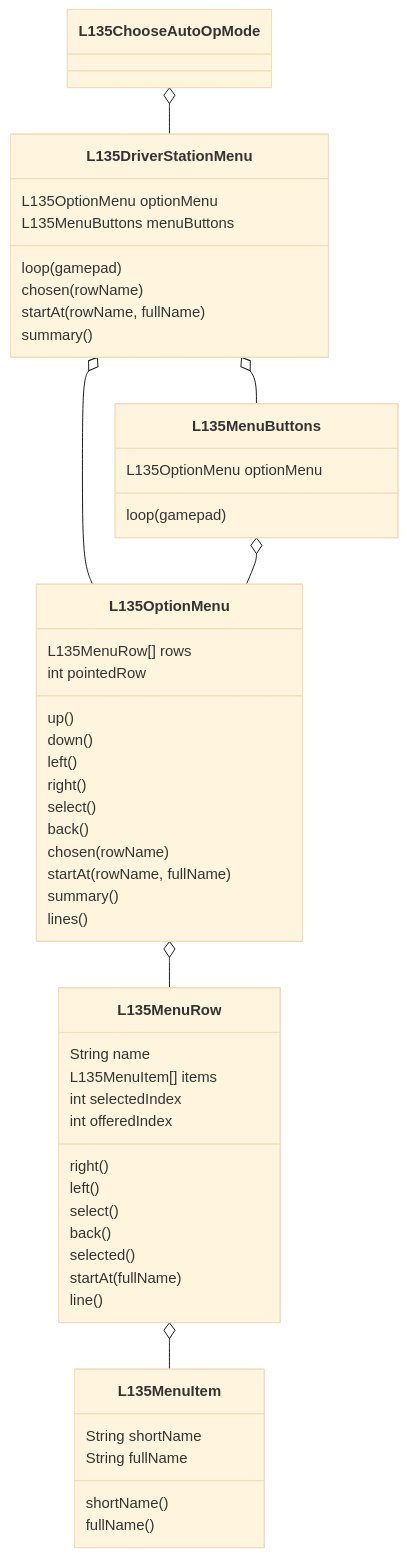
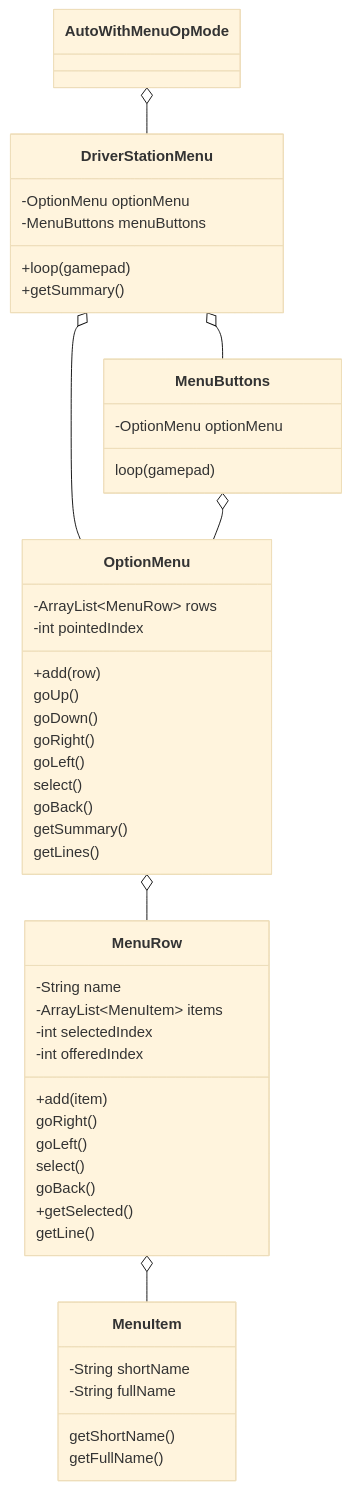
Before and after one commit to msb-stitt/ftc31459-26-27-biobuzz: the diagram in book/tools/mermaid/fig-l135-classes.mmd, drawn with Mermaid (base theme). The commit also changed 29 other files, not shown here.

Commit message:
L135 rewritten: the menu press by press, then each class from the bottom, with its diagram and its calls; starters and steps renumbered; WRITING.md on a lesson's own folder, private fields and faint diagrams.

```diff
--- a/book/tools/mermaid/fig-l135-classes.mmd
+++ b/book/tools/mermaid/fig-l135-classes.mmd
@@ -1,52 +1,49 @@
 classDiagram
-    class L135MenuItem {
-        String shortName
-        String fullName
-        shortName()
-        fullName()
+    class MenuItem {
+        -String shortName
+        -String fullName
+        getShortName()
+        getFullName()
     }
-    class L135MenuRow {
-        String name
-        L135MenuItem[] items
-        int selectedIndex
-        int offeredIndex
-        right()
-        left()
+    class MenuRow {
+        -String name
+        -ArrayList~MenuItem~ items
+        -int selectedIndex
+        -int offeredIndex
+        +add(item)
+        goRight()
+        goLeft()
         select()
-        back()
-        selected()
-        startAt(fullName)
-        line()
+        goBack()
+        +getSelected()
+        getLine()
     }
-    class L135OptionMenu {
-        L135MenuRow[] rows
-        int pointedRow
-        up()
-        down()
-        left()
-        right()
+    class OptionMenu {
+        -ArrayList~MenuRow~ rows
+        -int pointedIndex
+        +add(row)
+        goUp()
+        goDown()
+        goRight()
+        goLeft()
         select()
-        back()
-        chosen(rowName)
-        startAt(rowName, fullName)
-        summary()
-        lines()
+        goBack()
+        getSummary()
+        getLines()
     }
-    class L135MenuButtons {
-        L135OptionMenu optionMenu
+    class MenuButtons {
+        -OptionMenu optionMenu
         loop(gamepad)
     }
-    class L135DriverStationMenu {
-        L135OptionMenu optionMenu
-        L135MenuButtons menuButtons
-        loop(gamepad)
-        chosen(rowName)
-        startAt(rowName, fullName)
-        summary()
+    class DriverStationMenu {
+        -OptionMenu optionMenu
+        -MenuButtons menuButtons
+        +loop(gamepad)
+        +getSummary()
     }
-    L135ChooseAutoOpMode o-- L135DriverStationMenu
-    L135DriverStationMenu o-- L135OptionMenu
-    L135DriverStationMenu o-- L135MenuButtons
-    L135MenuButtons o-- L135OptionMenu
-    L135OptionMenu o-- L135MenuRow
-    L135MenuRow o-- L135MenuItem
+    AutoWithMenuOpMode o-- DriverStationMenu
+    DriverStationMenu o-- OptionMenu
+    DriverStationMenu o-- MenuButtons
+    MenuButtons o-- OptionMenu
+    OptionMenu o-- MenuRow
+    MenuRow o-- MenuItem
```
